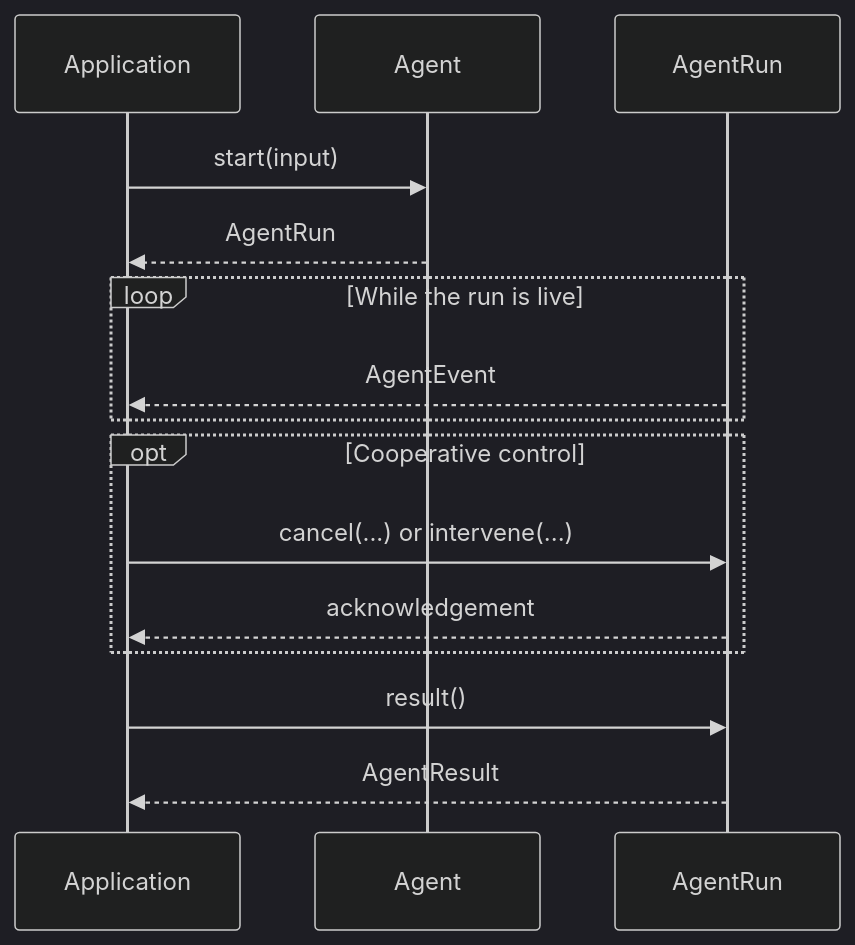
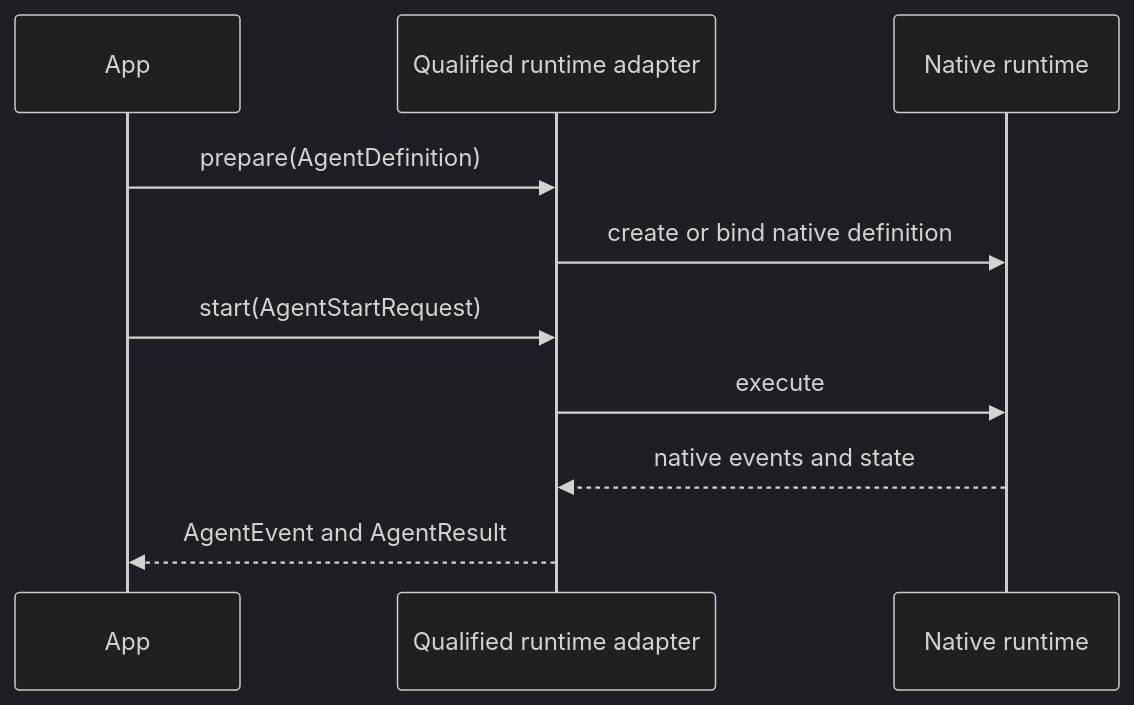
Before and after one commit to theGeekist/llm-core: the diagram in docs/guide/agent.md, drawn with Mermaid (dark theme). The commit also changed other lines of this file and 175 other files, not shown here.

Commit message:
fix architecture runtime ownership drift

````diff
--- a/docs/guide/agent.md
+++ b/docs/guide/agent.md
@@ -21,18 +16,12 @@
 ```mermaid
 sequenceDiagram
-    participant App as Application
-    participant Agent as Agent
-    participant Run as AgentRun
-
-    App->>Agent: start(input)
-    Agent-->>App: AgentRun
-    loop While the run is live
-        Run-->>App: AgentEvent
-    end
-    opt Cooperative control
-        App->>Run: cancel(...) or intervene(...)
-        Run-->>App: acknowledgement
-    end
-    App->>Run: result()
-    Run-->>App: AgentResult
+  participant App
+  participant Adapter as Qualified runtime adapter
+  participant Native as Native runtime
+  App->>Adapter: prepare(AgentDefinition)
+  Adapter->>Native: create or bind native definition
+  App->>Adapter: start(AgentStartRequest)
+  Adapter->>Native: execute
+  Native-->>Adapter: native events and state
+  Adapter-->>App: AgentEvent and AgentResult
 ```
````
